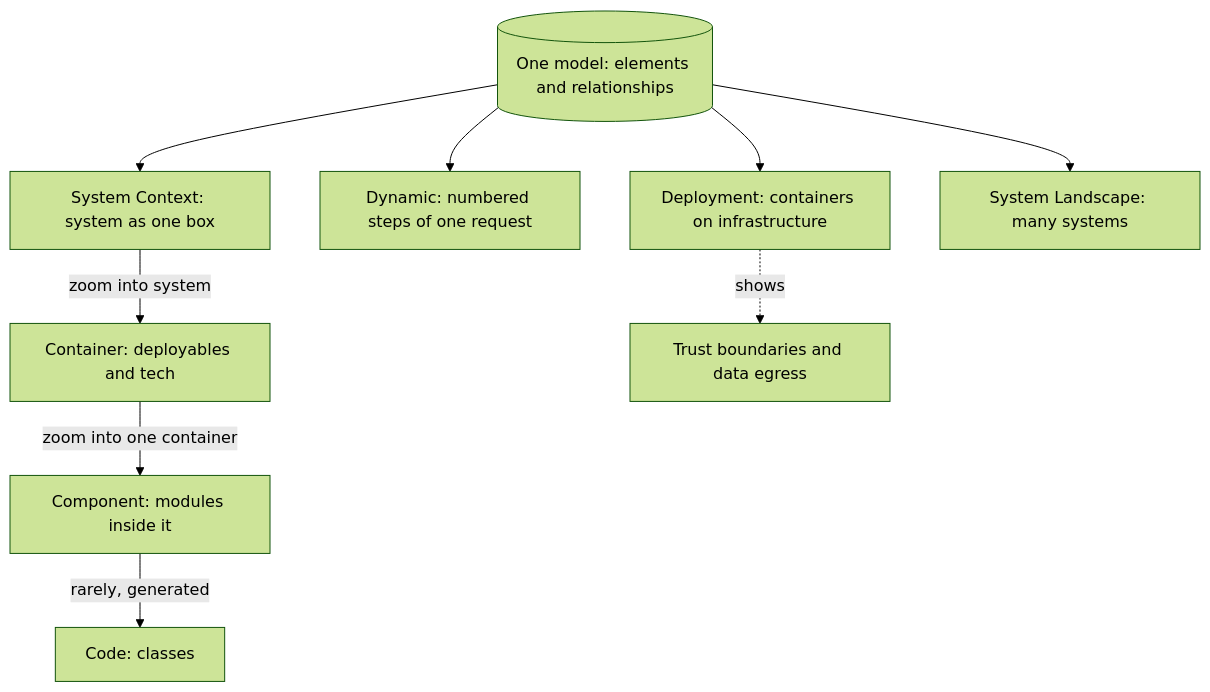
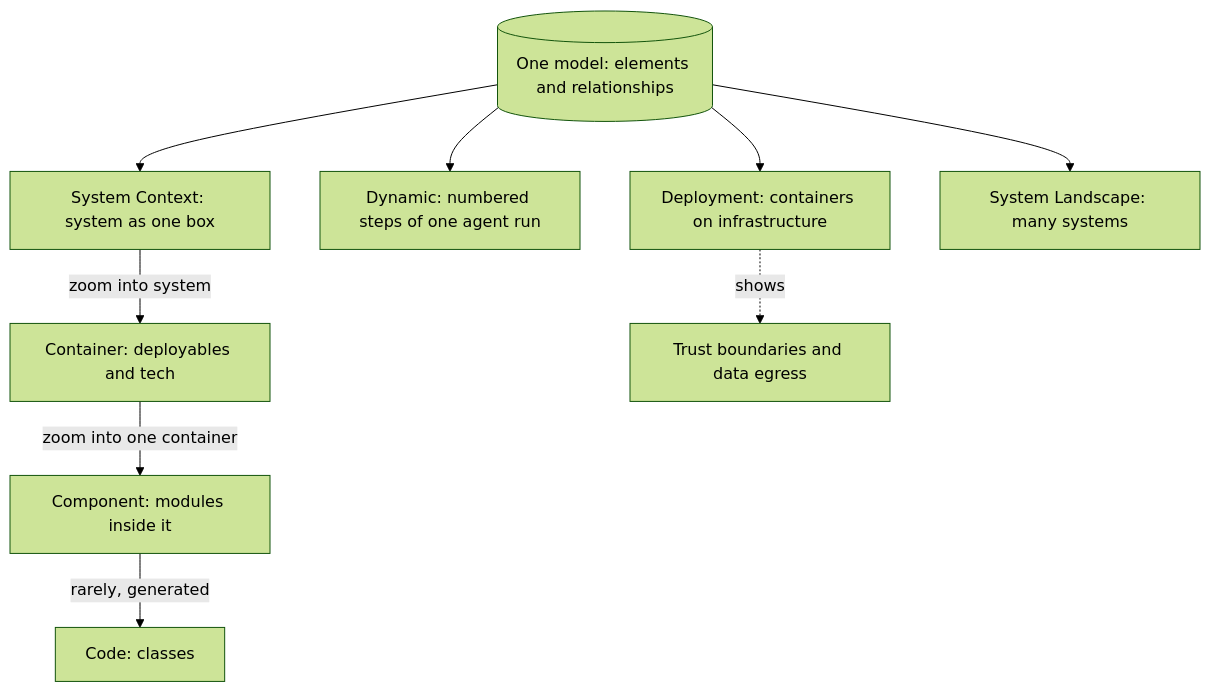
One commit to lovishmahajan97/agentic-learning changed the diagram in content/system-design/c4-diagrams.md. Above: the diagram before and after it, drawn with Mermaid (forest theme). The commit also changed other lines of this file and 266 other files, not shown here.

````diff
--- a/content/system-design/c4-diagrams.md
+++ b/content/system-design/c4-diagrams.md
@@ -109,11 +124,11 @@
 ```mermaid
 flowchart TD
     M[("One model: elements and relationships")] --> L1["System Context: system as one box"]
     L1 -->|"zoom into system"| L2["Container: deployables and tech"]
     L2 -->|"zoom into one container"| L3["Component: modules inside it"]
     L3 -->|"rarely, generated"| L4["Code: classes"]
-    M --> DY["Dynamic: numbered steps of one request"]
+    M --> DY["Dynamic: numbered steps of one agent run"]
     M --> DP["Deployment: containers on infrastructure"]
     M --> LS["System Landscape: many systems"]
     DP -.->|"shows"| TB["Trust boundaries and data egress"]
 ```
````
